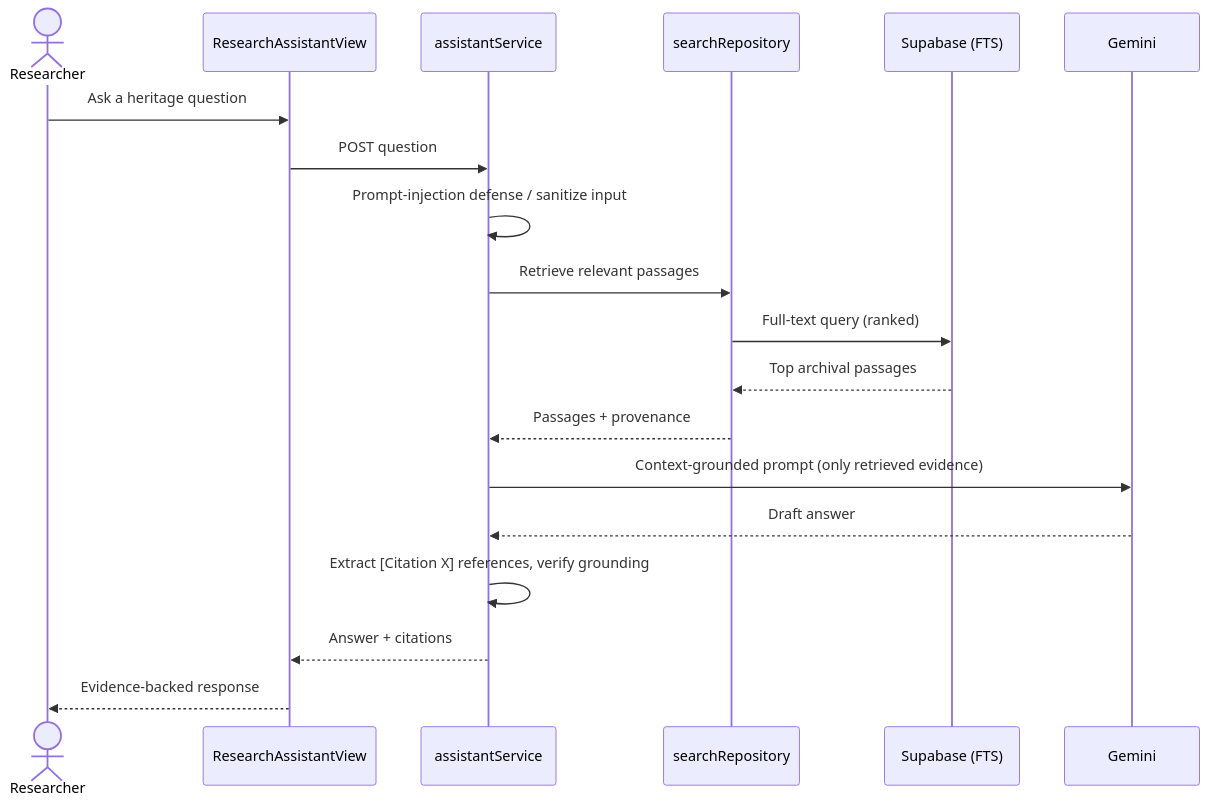
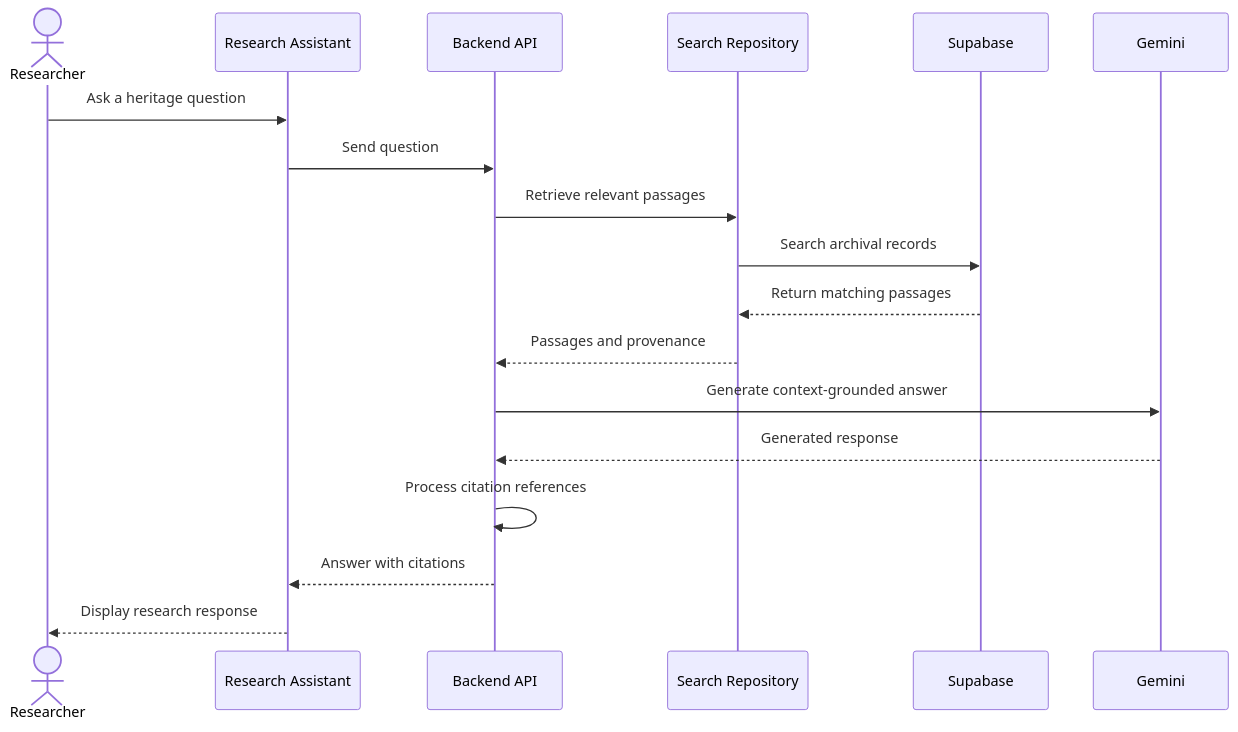
One commit to bpvankar496-ux/HackIITG changed the third of 4 diagrams in README.md. Above: the diagram before and after it, drawn with Mermaid. The commit also changed other lines of this file, not shown here.

Commit message:
Improve README with architecture, API reference and folder structure

````diff
--- a/README.md
+++ b/README.md
@@ -152,22 +161,21 @@
 ```mermaid
 sequenceDiagram
     actor R as Researcher
-    participant UI as ResearchAssistantView
-    participant API as assistantService
-    participant S as searchRepository
-    participant DB as Supabase (FTS)
+    participant UI as Research Assistant
+    participant API as Backend API
+    participant S as Search Repository
+    participant DB as Supabase
     participant G as Gemini
 
     R->>UI: Ask a heritage question
-    UI->>API: POST question
-    API->>API: Prompt-injection defense / sanitize input
+    UI->>API: Send question
     API->>S: Retrieve relevant passages
-    S->>DB: Full-text query (ranked)
-    DB-->>S: Top archival passages
-    S-->>API: Passages + provenance
-    API->>G: Context-grounded prompt (only retrieved evidence)
-    G-->>API: Draft answer
-    API->>API: Extract [Citation X] references, verify grounding
-    API-->>UI: Answer + citations
-    UI-->>R: Evidence-backed response
+    S->>DB: Search archival records
+    DB-->>S: Return matching passages
+    S-->>API: Passages and provenance
+    API->>G: Generate context-grounded answer
+    G-->>API: Generated response
+    API->>API: Process citation references
+    API-->>UI: Answer with citations
+    UI-->>R: Display research response
 ```
````
